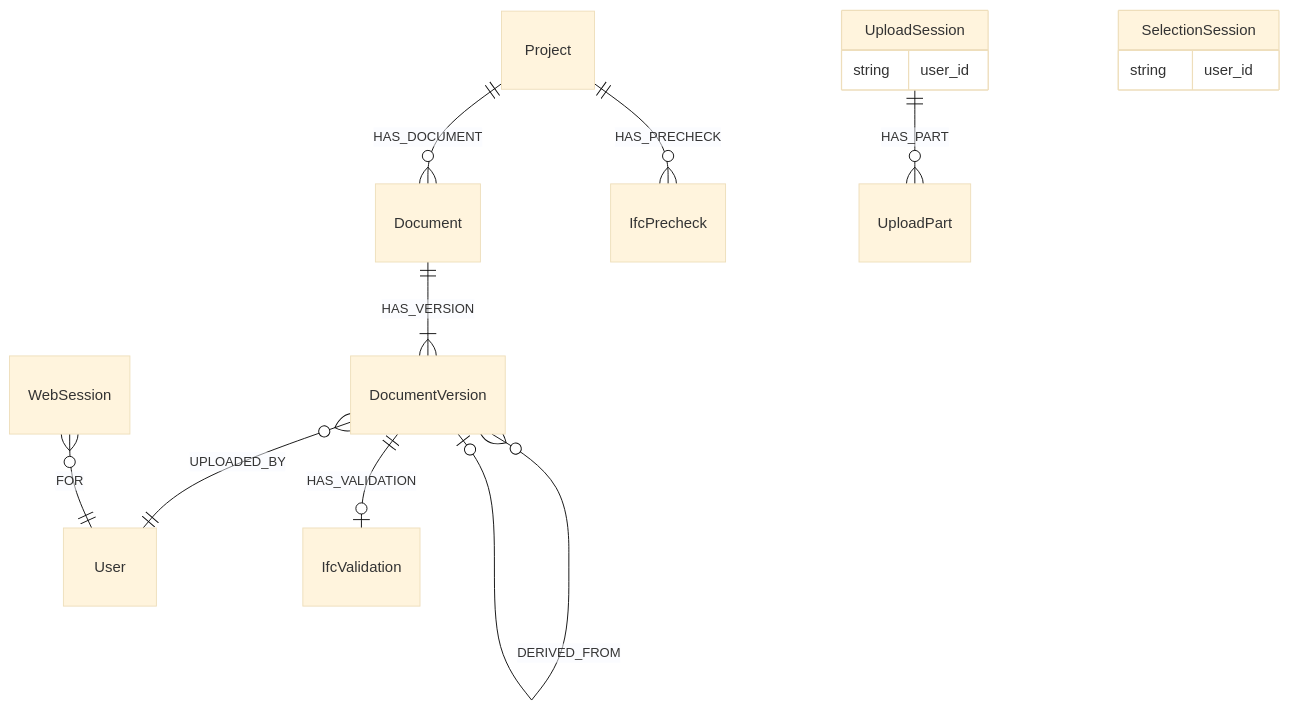
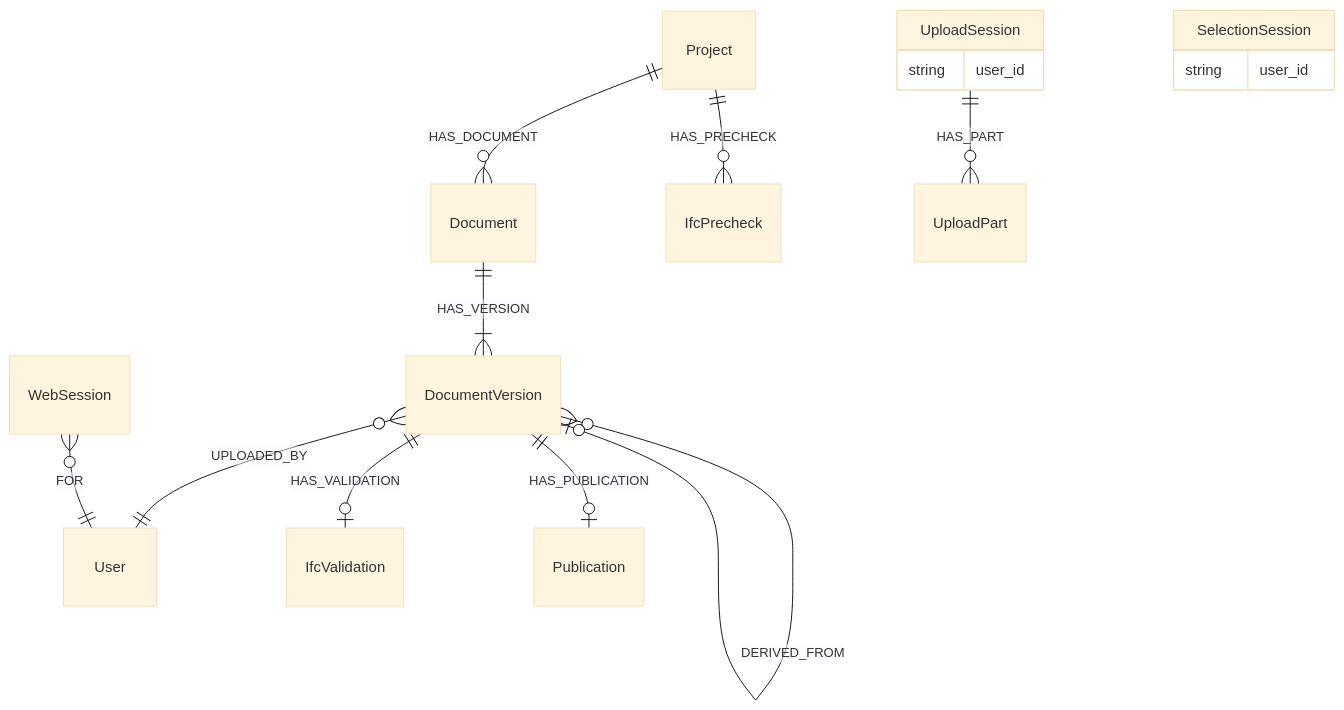
Before and after one commit to marwiss/Kontroll: the fifth of 6 diagrams in docs/da/graph-schema.md, drawn with Mermaid (base theme). The commit also changed other lines of this file and 27 other files, not shown here.

First line of the commit message:
Document publishing a version

````diff
--- a/docs/da/graph-schema.md
+++ b/docs/da/graph-schema.md
@@ -125,17 +125,18 @@
 ```mermaid
 erDiagram
     Project ||--o{ Document : HAS_DOCUMENT
     Document ||--|{ DocumentVersion : HAS_VERSION
     DocumentVersion }o--|| User : UPLOADED_BY
     DocumentVersion }o--o| DocumentVersion : DERIVED_FROM
     DocumentVersion ||--o| IfcValidation : HAS_VALIDATION
+    DocumentVersion ||--o| Publication : HAS_PUBLICATION
     Project ||--o{ IfcPrecheck : HAS_PRECHECK
     UploadSession ||--o{ UploadPart : HAS_PART
     WebSession }o--|| User : FOR
     UploadSession {
         string user_id
     }
     SelectionSession {
         string user_id
     }
 ```
````
